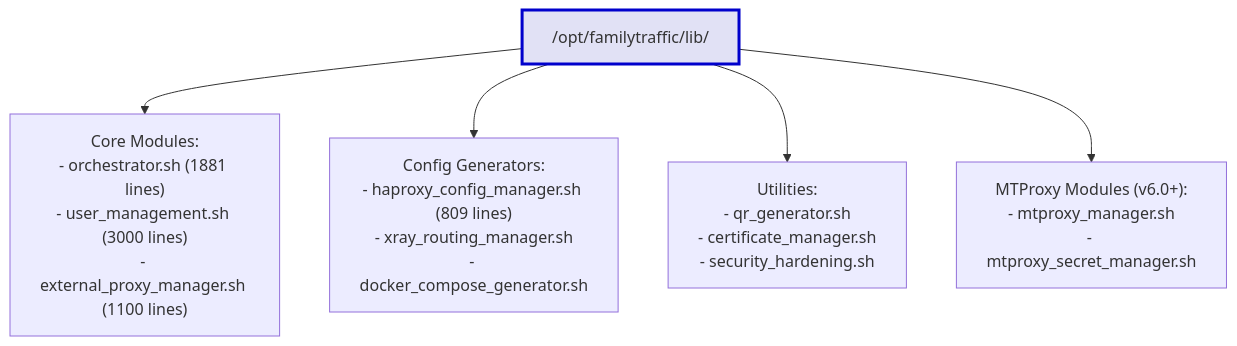
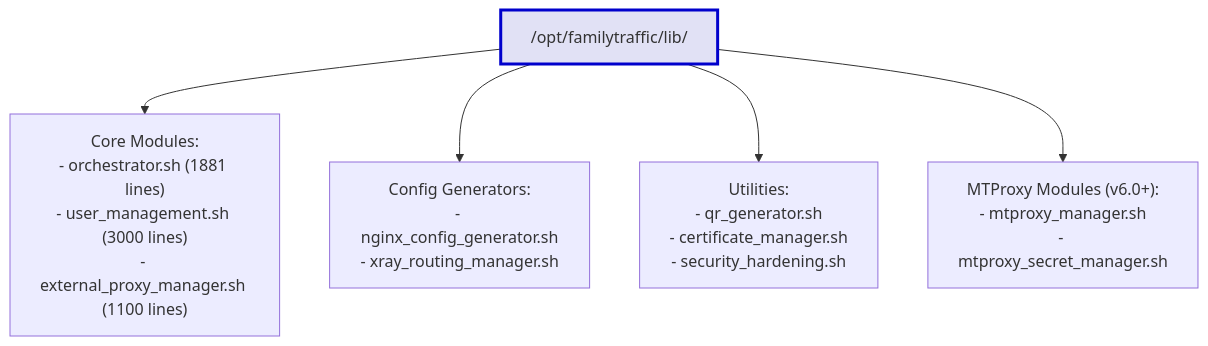
One commit to ikeniborn/vless changed the fifth of 10 diagrams in docs/architecture/diagrams/deployment/filesystem-layout.md. Above: the diagram before and after it, drawn with Mermaid. The commit also changed other lines of this file and 24 other files, not shown here.

````diff
--- a/docs/architecture/diagrams/deployment/filesystem-layout.md
+++ b/docs/architecture/diagrams/deployment/filesystem-layout.md
@@ -186,19 +188,19 @@
 ```mermaid
 graph TB
     LibDir["/opt/familytraffic/lib/"]
 
     Core["Core Modules:<br/>- orchestrator.sh (1881 lines)<br/>- user_management.sh (3000 lines)<br/>- external_proxy_manager.sh (1100 lines)"]
 
-    Config["Config Generators:<br/>- haproxy_config_manager.sh (809 lines)<br/>- xray_routing_manager.sh<br/>- docker_compose_generator.sh"]
+    Config["Config Generators:<br/>- nginx_config_generator.sh<br/>- xray_routing_manager.sh"]
 
     Utilities["Utilities:<br/>- qr_generator.sh<br/>- certificate_manager.sh<br/>- security_hardening.sh"]
 
     MTProxy["MTProxy Modules (v6.0+):<br/>- mtproxy_manager.sh<br/>- mtproxy_secret_manager.sh"]
 
     LibDir --> Core
     LibDir --> Config
     LibDir --> Utilities
     LibDir --> MTProxy
 
     style LibDir fill:#e1e1f5,stroke:#0000cc,stroke-width:3px
 ```
````
